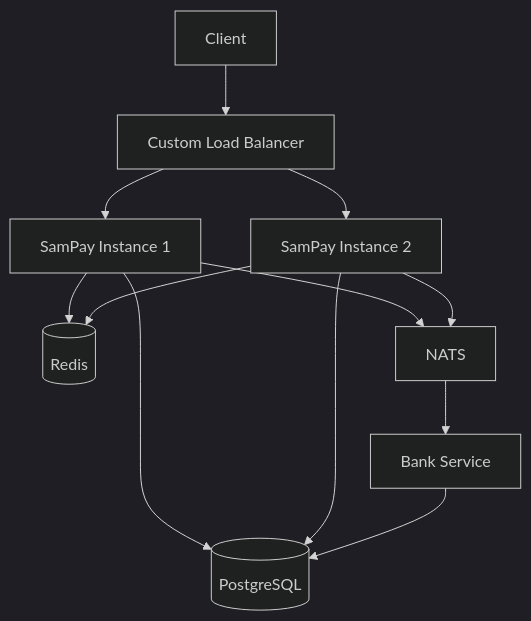
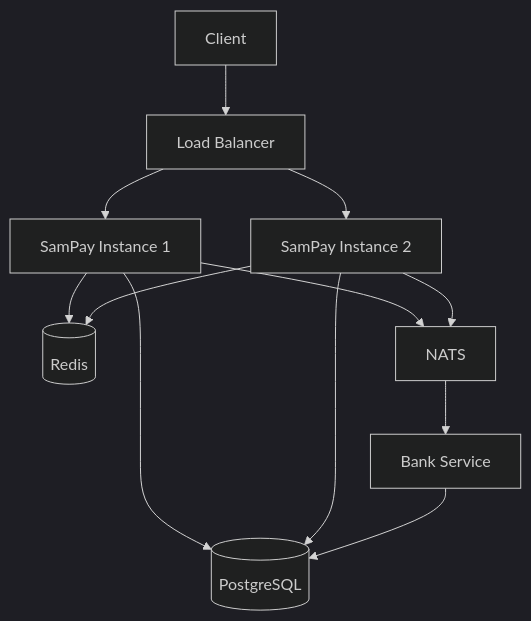
Before and after one commit to Srivastava-samarth/SamPay: the second of 2 diagrams in README.md, drawn with Mermaid (dark theme). The commit also changed other lines of this file, not shown here.

````diff
--- a/README.md
+++ b/README.md
@@ -119,32 +544,32 @@
 ```mermaid
 flowchart TB
     Client[Client]
 
-    LB[Custom Load Balancer]
+    LB[Load Balancer]
 
     App1[SamPay Instance 1]
     App2[SamPay Instance 2]
 
     Redis[(Redis)]
     DB[(PostgreSQL)]
 
+    NATS[NATS]
     Bank[Bank Service]
-    NATS[NATS]
 
     Client --> LB
 
     LB --> App1
     LB --> App2
 
     App1 --> Redis
     App2 --> Redis
 
     App1 --> DB
     App2 --> DB
 
     App1 --> NATS
     App2 --> NATS
 
     NATS --> Bank
     Bank --> DB
 ```
````
